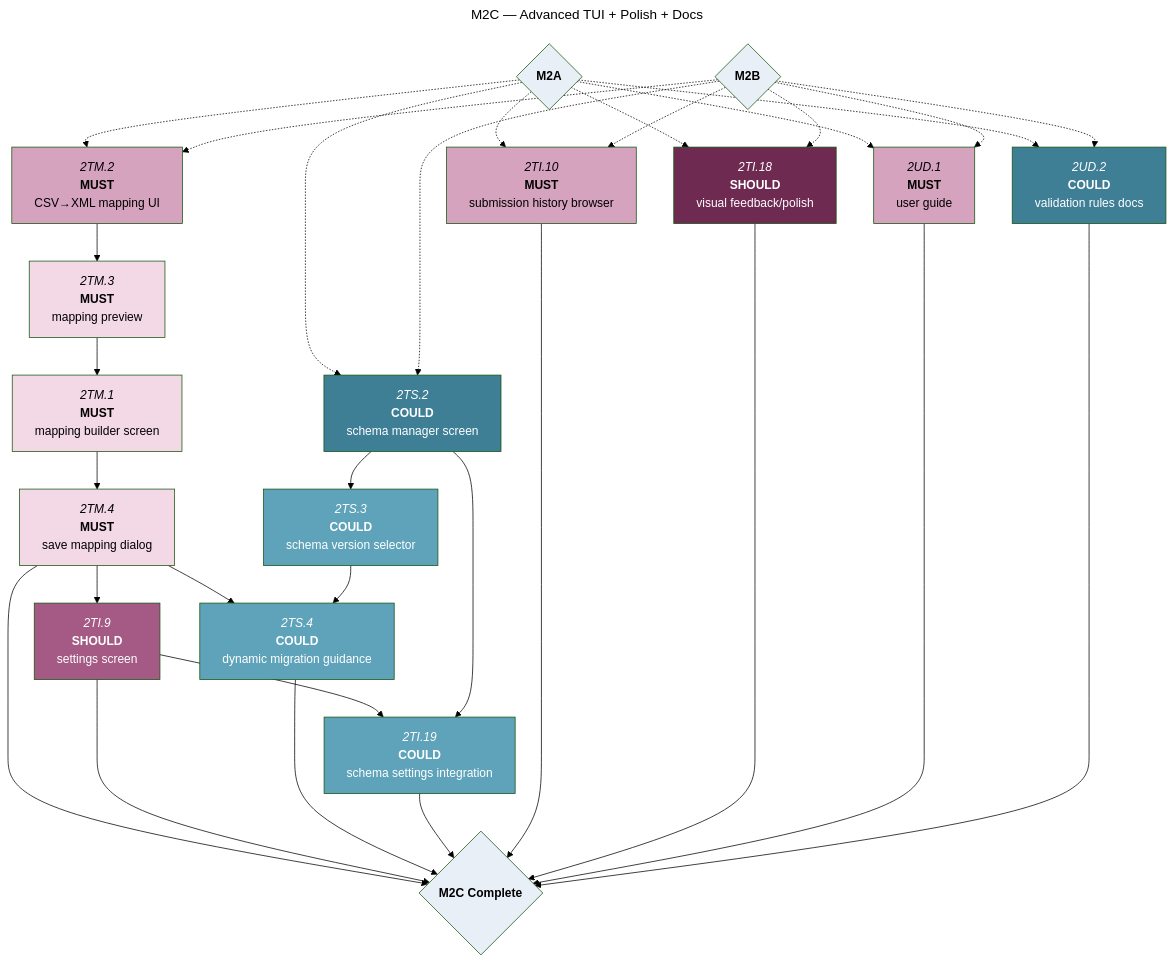
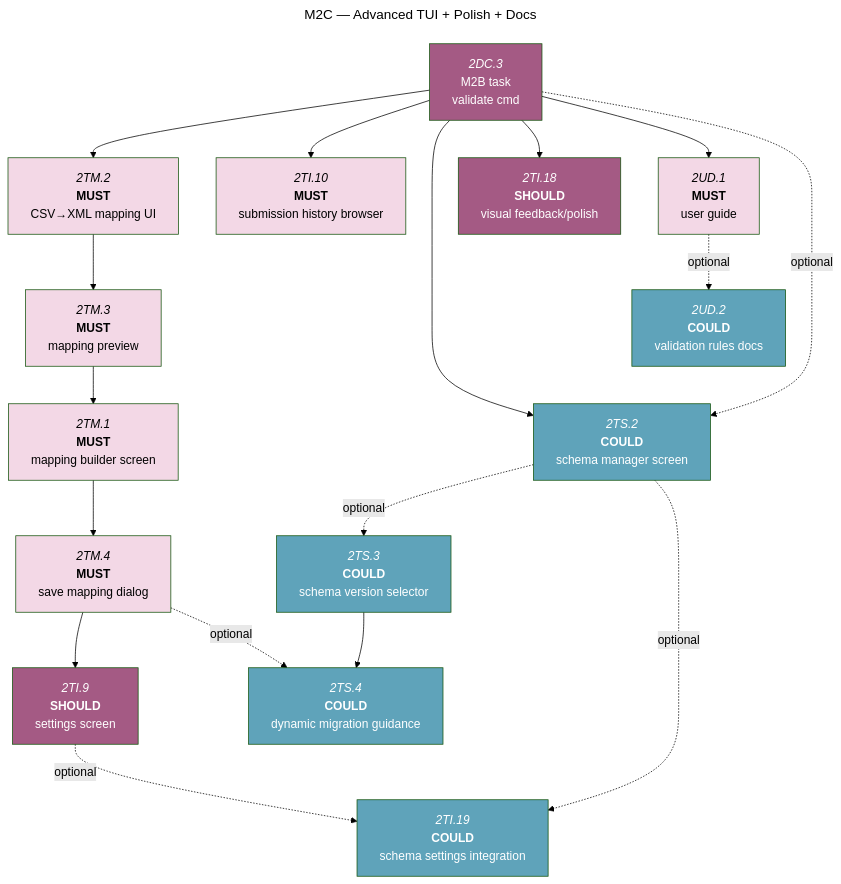
The fourth of 5 diagrams in docs/roadmaps/phase-1-mvp-features.md (foundersandcoders/iris), drawn with Mermaid (forest theme) before and after one commit. The commit also changed other lines of this file, not shown here.

Commit message:
docs: update task dependencies

````diff
--- a/docs/roadmaps/phase-1-mvp-features.md
+++ b/docs/roadmaps/phase-1-mvp-features.md
@@ -238,39 +239,43 @@
 ```mermaid
 ---
 title: M2C — Advanced TUI + Polish + Docs
 ---
 graph TD
 
-m2a{"`**M2A**`"}:::mile -.-> 2TM.2 & 2TI.10 & 2TS.2 & 2TI.18 & 2UD.1 & 2UD.2
-m2b{"`**M2B**`"}:::mile -.-> 2TM.2 & 2TI.10 & 2TS.2 & 2TI.18 & 2UD.1 & 2UD.2
+2DC.3["`*2DC.3*<br/>M2B task<br/>validate cmd`"]:::should-blocked
 
-2TM.2["`*2TM.2*<br/>**MUST**<br/>CSV→XML mapping UI`"]:::must-open --> 2TM.3
+2DC.3 --> 2TM.2 & 2TI.10 & 2TS.2 & 2TI.18 & 2UD.1
+
+2TM.2["`*2TM.2*<br/>**MUST**<br/>CSV→XML mapping UI`"]:::must-blocked --> 2TM.3
 2TM.3["`*2TM.3*<br/>**MUST**<br/>mapping preview`"]:::must-blocked --> 2TM.1
 2TM.1["`*2TM.1*<br/>**MUST**<br/>mapping builder screen`"]:::must-blocked --> 2TM.4
-2TM.4["`*2TM.4*<br/>**MUST**<br/>save mapping dialog`"]:::must-blocked --> 2TI.9 & 2TS.4
+2TM.4["`*2TM.4*<br/>**MUST**<br/>save mapping dialog`"]:::must-blocked --> 2TI.9
 
-2TI.9["`*2TI.9*<br/>**SHOULD**<br/>settings screen`"]:::should-blocked --> 2TI.19
+2TI.9["`*2TI.9*<br/>**SHOULD**<br/>settings screen`"]:::should-blocked
 
-2TS.2["`*2TS.2*<br/>**COULD**<br/>schema manager screen`"]:::could-open --> 2TS.3 & 2TI.19
+2TS.2["`*2TS.2*<br/>**COULD**<br/>schema manager screen`"]:::could-blocked
 2TS.3["`*2TS.3*<br/>**COULD**<br/>schema version selector`"]:::could-blocked --> 2TS.4
 2TS.4["`*2TS.4*<br/>**COULD**<br/>dynamic migration guidance`"]:::could-blocked
 
 2TI.19["`*2TI.19*<br/>**COULD**<br/>schema settings integration`"]:::could-blocked
 
-2TI.10["`*2TI.10*<br/>**MUST**<br/>submission history browser`"]:::must-open
-2TI.18["`*2TI.18*<br/>**SHOULD**<br/>visual feedback/polish`"]:::should-open
-2UD.1["`*2UD.1*<br/>**MUST**<br/>user guide`"]:::must-open
-2UD.2["`*2UD.2*<br/>**COULD**<br/>validation rules docs`"]:::could-open
+2TI.10["`*2TI.10*<br/>**MUST**<br/>submission history browser`"]:::must-blocked
+2TI.18["`*2TI.18*<br/>**SHOULD**<br/>visual feedback/polish`"]:::should-blocked
+2UD.1["`*2UD.1*<br/>**MUST**<br/>user guide`"]:::must-blocked
+2UD.2["`*2UD.2*<br/>**COULD**<br/>validation rules docs`"]:::could-blocked
 
-2TM.4 & 2TI.9 & 2TS.4 & 2TI.19 & 2TI.10 & 2TI.18 & 2UD.1 & 2UD.2 --> m2c
-
-m2c{"`**M2C Complete**`"}:::mile
+%% Optional dependencies %%
+2UD.1 -.->| optional | 2UD.2
+2TI.9 -.->| optional | 2TI.19
+2TM.4 -.->| optional | 2TS.4
+2DC.3 -.->| optional | 2TS.2
+2TS.2 -.->| optional | 2TS.3 & 2TI.19
 
 classDef must-open fill:#D6A3BF,color:#000;
 classDef must-blocked fill:#F3D8E6,color:#000;
 classDef should-open fill:#6F2A52,color:#fff;
 classDef should-blocked fill:#A45A84,color:#fff;
 classDef could-open fill:#3E7F96,color:#fff;
 classDef could-blocked fill:#5FA3BA,color:#fff;
 classDef mile fill:#E8EFF6,color:#000;
 ```
````
